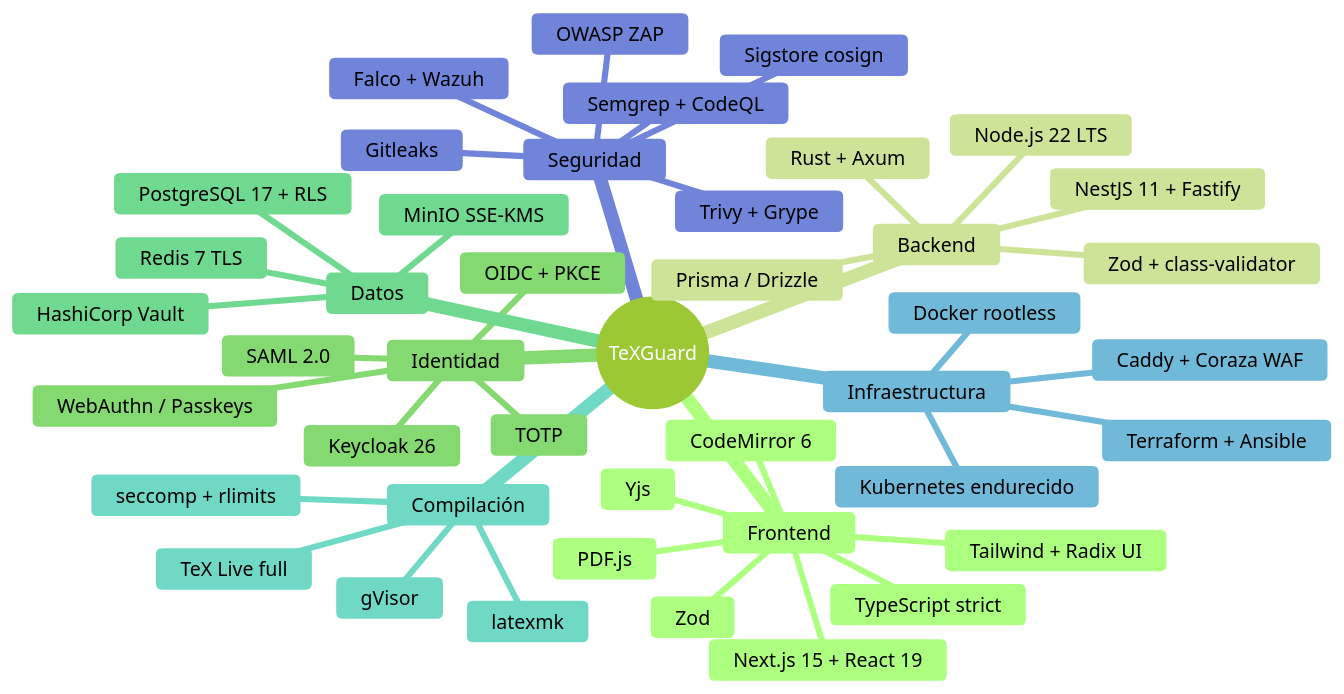
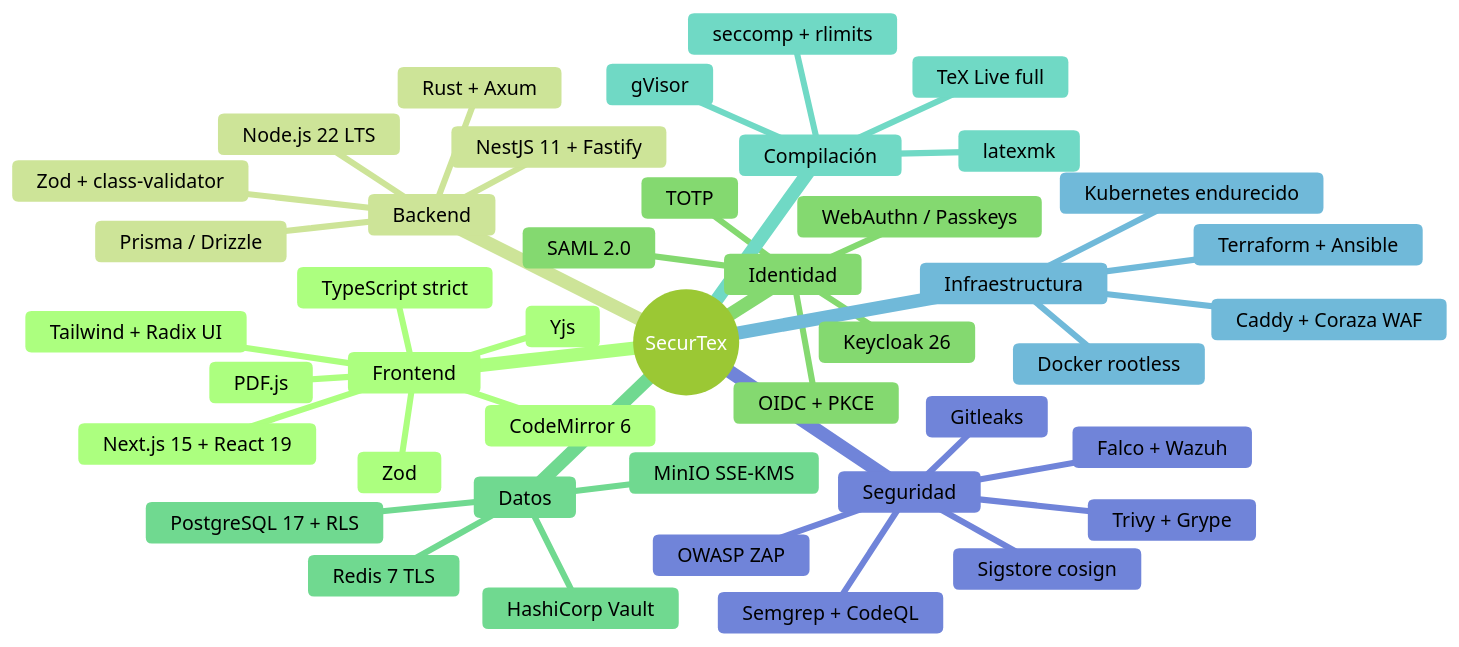
Before and after one commit to SecurTex-Devs/securetex: the diagram in docs/04-Stack-Tecnologico.md, drawn with Mermaid (forest theme). The commit also changed other lines of this file and 25 other files, not shown here.

First line of the commit message:
refactor: renombra el producto de TeXGuard a SecurTex

````diff
--- a/docs/04-Stack-Tecnologico.md
+++ b/docs/04-Stack-Tecnologico.md
@@ -27,46 +27,46 @@
 ```mermaid
 mindmap
-  root((TeXGuard))
+  root((SecurTex))
     Frontend
       Next.js 15 + React 19
       TypeScript strict
       CodeMirror 6
       Yjs
       PDF.js
       Tailwind + Radix UI
       Zod
     Backend
       NestJS 11 + Fastify
       Rust + Axum
       Node.js 22 LTS
       Prisma / Drizzle
       Zod + class-validator
     Identidad
       Keycloak 26
       OIDC + PKCE
       SAML 2.0
       WebAuthn / Passkeys
       TOTP
     Datos
       PostgreSQL 17 + RLS
       Redis 7 TLS
       MinIO SSE-KMS
       HashiCorp Vault
     Compilación
       TeX Live full
       latexmk
       gVisor
       seccomp + rlimits
     Infraestructura
       Docker rootless
       Kubernetes endurecido
       Caddy + Coraza WAF
       Terraform + Ansible
     Seguridad
       Semgrep + CodeQL
       Trivy + Grype
       Gitleaks
       OWASP ZAP
       Falco + Wazuh
       Sigstore cosign
 ```
````
